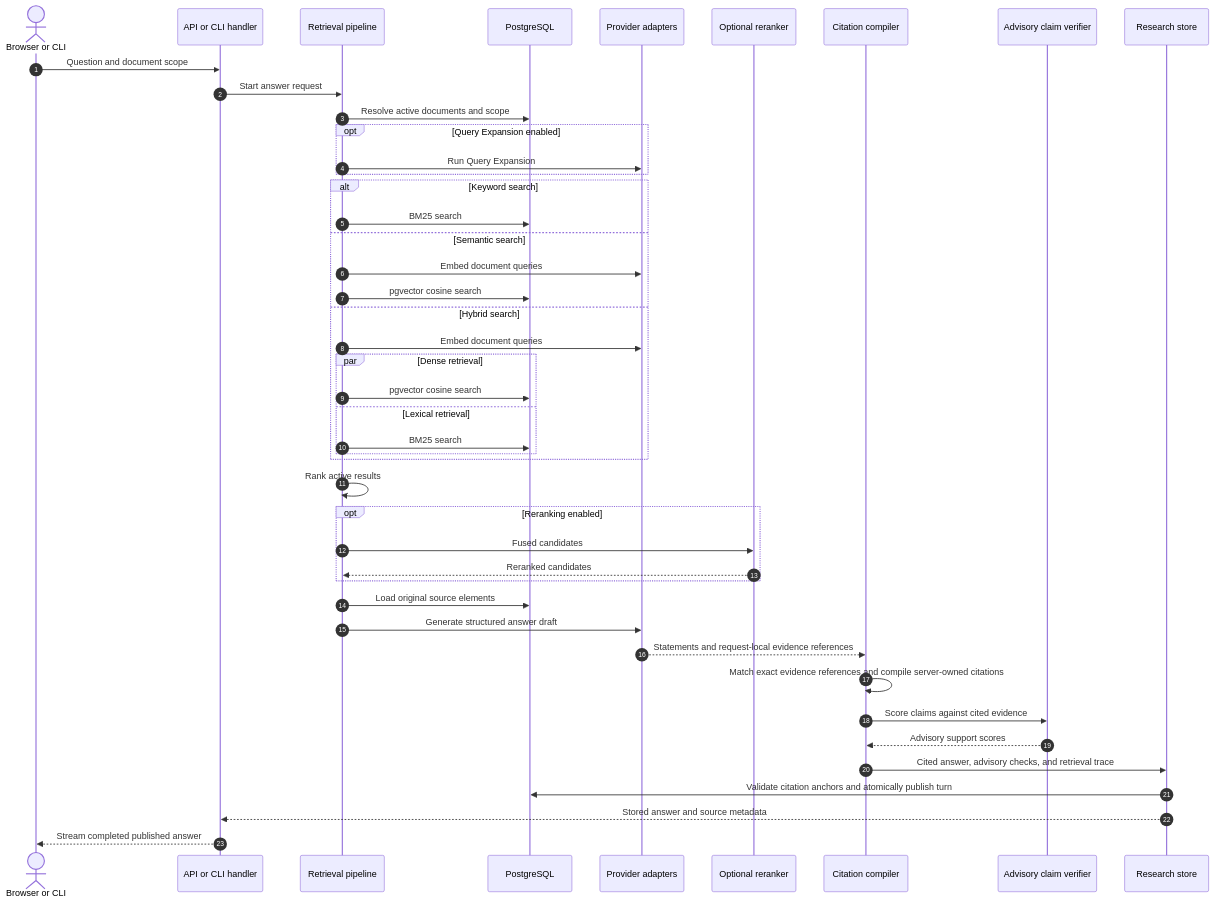
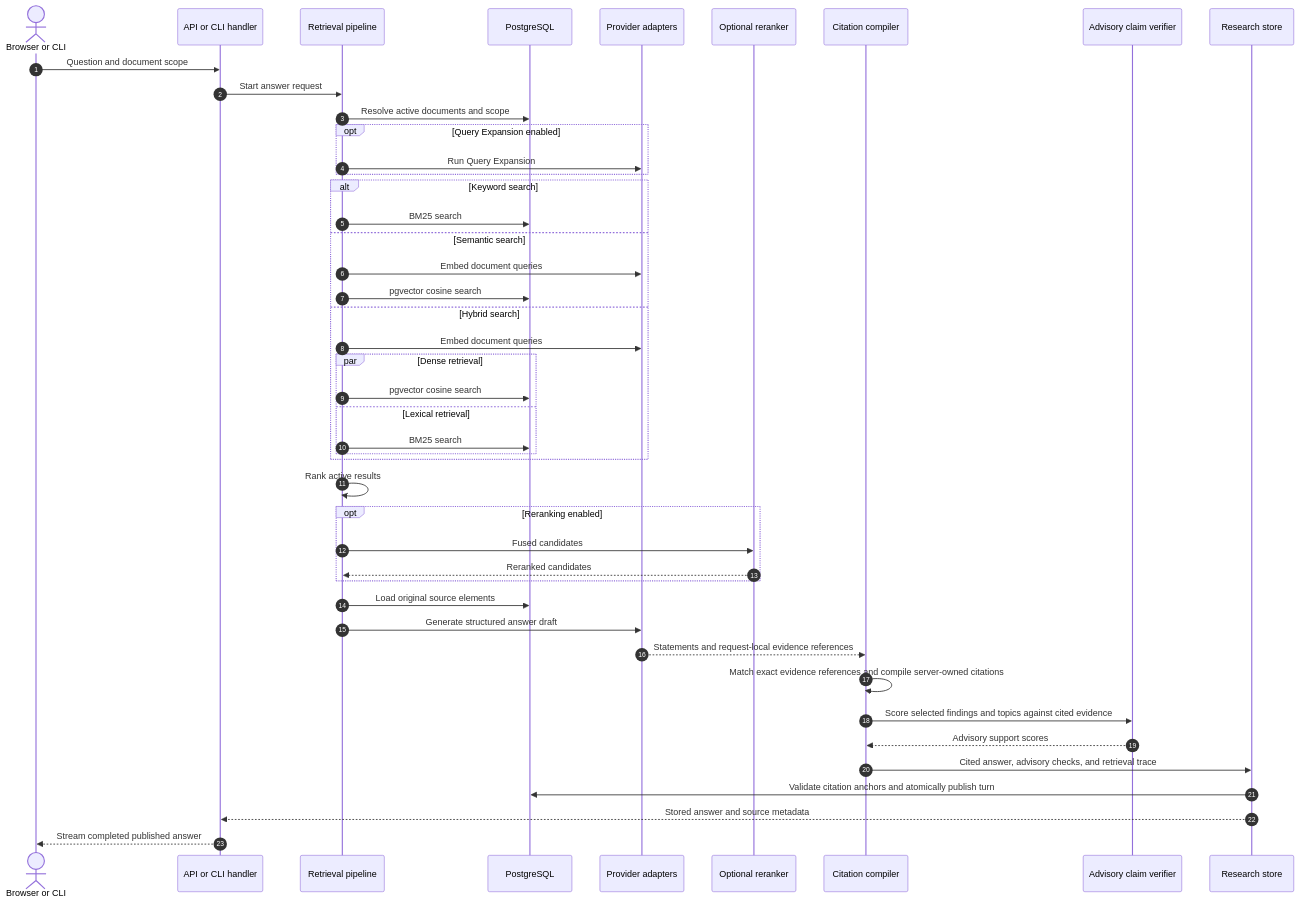
Before and after one commit to sageil/citeloom: the fourth of 4 diagrams in docs/architecture.md, drawn with Mermaid. The commit also changed other lines of this file and 29 other files, not shown here.

````diff
--- a/docs/architecture.md
+++ b/docs/architecture.md
@@ -205,48 +205,48 @@
 ```mermaid
 sequenceDiagram
     autonumber
     actor Client as Browser or CLI
     participant Entry as API or CLI handler
     participant Query as Retrieval pipeline
     participant DB as PostgreSQL
     participant AI as Provider adapters
     participant Ranker as Optional reranker
     participant Validate as Citation compiler
     participant HHEM as Advisory claim verifier
     participant Research as Research store
 
     Client->>Entry: Question and document scope
     Entry->>Query: Start answer request
     Query->>DB: Resolve active documents and scope
     opt Query Expansion enabled
         Query->>AI: Run Query Expansion
     end
     alt Keyword search
         Query->>DB: BM25 search
     else Semantic search
         Query->>AI: Embed document queries
         Query->>DB: pgvector cosine search
     else Hybrid search
         Query->>AI: Embed document queries
         par Dense retrieval
             Query->>DB: pgvector cosine search
         and Lexical retrieval
             Query->>DB: BM25 search
         end
     end
     Query->>Query: Rank active results
     opt Reranking enabled
         Query->>Ranker: Fused candidates
         Ranker-->>Query: Reranked candidates
     end
     Query->>DB: Load original source elements
     Query->>AI: Generate structured answer draft
     AI-->>Validate: Statements and request-local evidence references
     Validate->>Validate: Match exact evidence references and compile server-owned citations
-    Validate->>HHEM: Score claims against cited evidence
+    Validate->>HHEM: Score selected findings and topics against cited evidence
     HHEM-->>Validate: Advisory support scores
     Validate->>Research: Cited answer, advisory checks, and retrieval trace
     Research->>DB: Validate citation anchors and atomically publish turn
     Research-->>Entry: Stored answer and source metadata
     Entry-->>Client: Stream completed published answer
 ```
````
